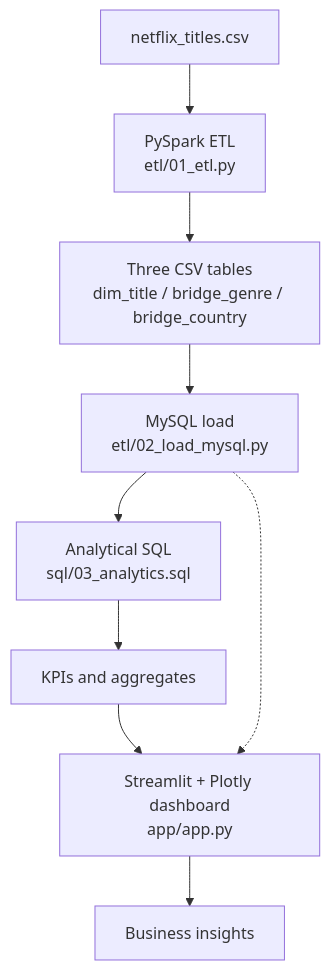
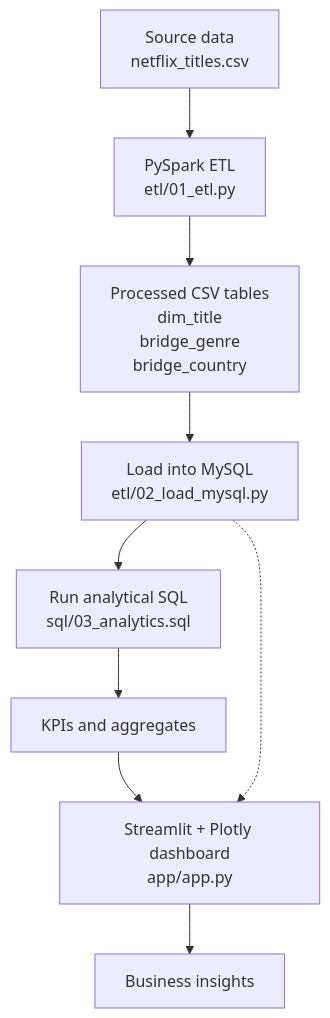
Before and after one commit to IpsitMohanty/netflix-content-strategy: the diagram in README.md, drawn with Mermaid.

Commit message:
docs: clarify vertical pipeline diagram

````diff
--- a/README.md
+++ b/README.md
@@ -9,11 +9,14 @@
 ```mermaid
-flowchart TD
-    A["netflix_titles.csv"] --> B["PySpark ETL<br/>etl/01_etl.py"]
-    B --> C["Three CSV tables<br/>dim_title / bridge_genre / bridge_country"]
-    C --> D["MySQL load<br/>etl/02_load_mysql.py"]
-    D --> E["Analytical SQL<br/>sql/03_analytics.sql"]
-    E --> F["KPIs and aggregates"]
-    F --> G["Streamlit + Plotly dashboard<br/>app/app.py"]
-    G --> H["Business insights"]
+flowchart TB
+    A["Source data<br/>netflix_titles.csv"]
+    B["PySpark ETL<br/>etl/01_etl.py"]
+    C["Processed CSV tables<br/>dim_title<br/>bridge_genre<br/>bridge_country"]
+    D["Load into MySQL<br/>etl/02_load_mysql.py"]
+    E["Run analytical SQL<br/>sql/03_analytics.sql"]
+    F["KPIs and aggregates"]
+    G["Streamlit + Plotly dashboard<br/>app/app.py"]
+    H["Business insights"]
+
+    A --> B --> C --> D --> E --> F --> G --> H
     D -.-> G
 ```
````
